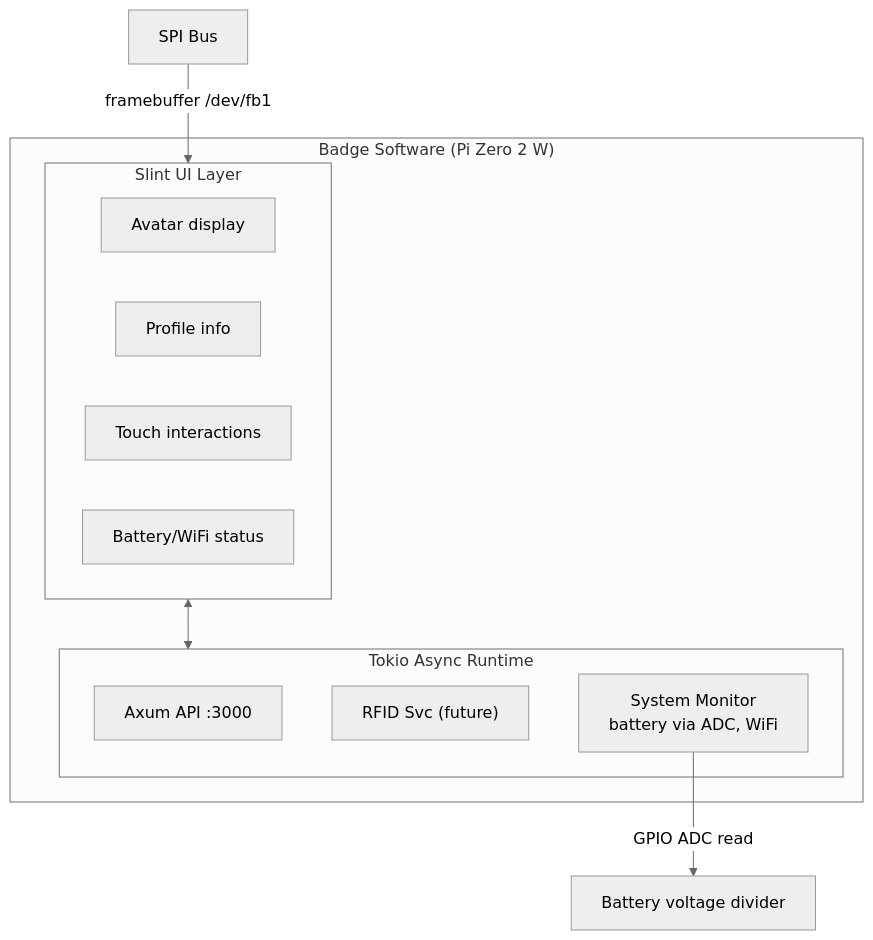
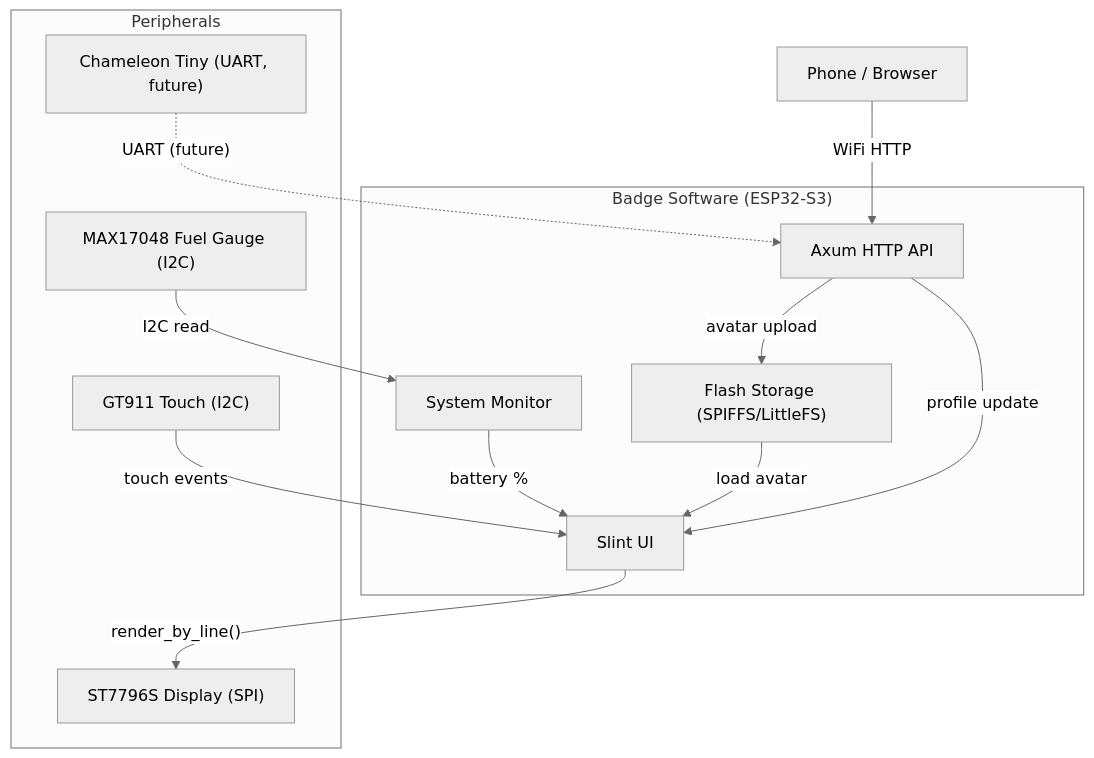
One commit to Hebububu/VRCBadge changed the diagram in docs/software/architecture.md. Above: the diagram before and after it, drawn with Mermaid (neutral theme). The commit also changed other lines of this file and 12 other files, not shown here.

````diff
--- a/docs/software/architecture.md
+++ b/docs/software/architecture.md
@@ -37,21 +5,26 @@
 ```mermaid
-flowchart TB
-    subgraph Software["Badge Software (Pi Zero 2 W)"]
-        subgraph UI["Slint UI Layer"]
-            Avatar["Avatar display"]
-            Profile["Profile info"]
-            Touch["Touch interactions"]
-            Status["Battery/WiFi status"]
-        end
-
-        subgraph Runtime["Tokio Async Runtime"]
-            Axum["Axum API :3000"]
-            RFID["RFID Svc (future)"]
-            Monitor["System Monitor<br/>battery via ADC, WiFi"]
-        end
+graph TB
+    subgraph Badge["Badge Software (ESP32-S3)"]
+        UI["Slint UI"]
+        API["Axum HTTP API"]
+        Storage["Flash Storage (SPIFFS/LittleFS)"]
+        Monitor["System Monitor"]
     end
 
-    SPI["SPI Bus"] -->|"framebuffer /dev/fb1"| UI
-    UI <--> Runtime
-    Monitor -->|"GPIO ADC read"| Battery["Battery voltage divider"]
+    subgraph Peripherals
+        Display["ST7796S Display (SPI)"]
+        Touch["GT911 Touch (I2C)"]
+        Battery["MAX17048 Fuel Gauge (I2C)"]
+        RFID["Chameleon Tiny (UART, future)"]
+    end
+
+    Phone["Phone / Browser"] -->|"WiFi HTTP"| API
+    API -->|"avatar upload"| Storage
+    API -->|"profile update"| UI
+    Storage -->|"load avatar"| UI
+    UI -->|"render_by_line()"| Display
+    Touch -->|"touch events"| UI
+    Monitor -->|"battery %"| UI
+    Battery -->|"I2C read"| Monitor
+    RFID -.->|"UART (future)"| API
 ```
````
